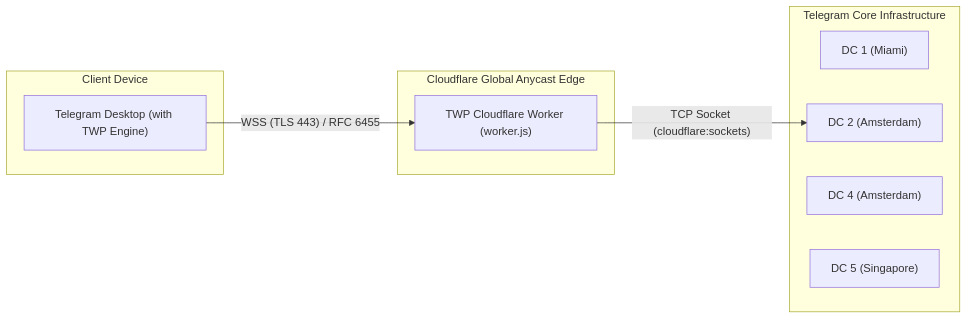
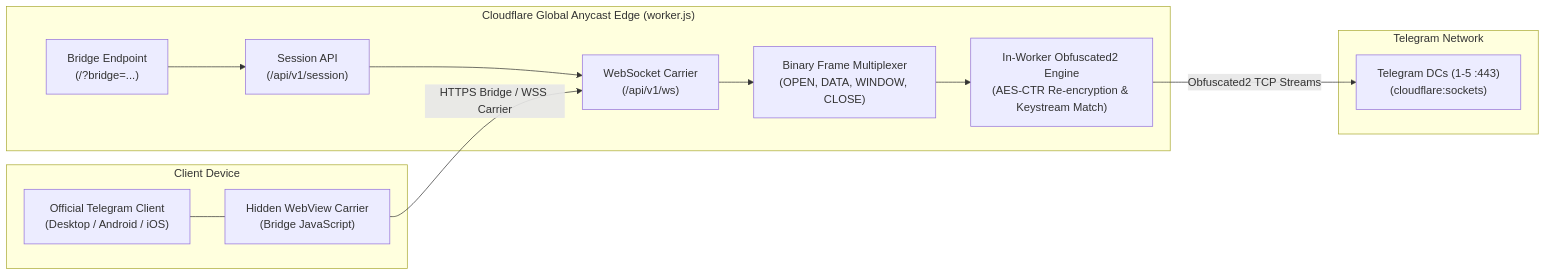
One commit to Qorvhex/TWP changed the diagram in docs/ARCHITECTURE.md. Above: the diagram before and after it, drawn with Mermaid. The commit also changed other lines of this file and 10 other files, not shown here.

````diff
--- a/docs/ARCHITECTURE.md
+++ b/docs/ARCHITECTURE.md
@@ -9,20 +9,28 @@
 ```mermaid
 graph LR
     subgraph Client ["Client Device"]
-        TDesktop["Telegram Desktop (with TWP Engine)"]
+        TG["Official Telegram Client\n(Desktop / Android / iOS)"]
+        WV["Hidden WebView Carrier\n(Bridge JavaScript)"]
+        TG --- WV
     end
 
-    subgraph Edge ["Cloudflare Global Anycast Edge"]
-        Worker["TWP Cloudflare Worker (worker.js)"]
+    subgraph Edge ["Cloudflare Global Anycast Edge (worker.js)"]
+        Bridge["Bridge Endpoint\n(/?bridge=...)"]
+        Session["Session API\n(/api/v1/session)"]
+        Carrier["WebSocket Carrier\n(/api/v1/ws)"]
+        Multiplexer["Binary Frame Multiplexer\n(OPEN, DATA, WINDOW, CLOSE)"]
+        Engine["In-Worker Obfuscated2 Engine\n(AES-CTR Re-encryption & Keystream Match)"]
+        
+        Bridge --> Session
+        Session --> Carrier
+        Carrier --> Multiplexer
+        Multiplexer --> Engine
     end
 
-    subgraph Core ["Telegram Core Infrastructure"]
-        DC1["DC 1 (Miami)"]
-        DC2["DC 2 (Amsterdam)"]
-        DC4["DC 4 (Amsterdam)"]
-        DC5["DC 5 (Singapore)"]
+    subgraph Core ["Telegram Network"]
+        Backend["Telegram DCs (1-5 :443)\n(cloudflare:sockets)"]
     end
 
-    TDesktop -- "WSS (TLS 443) / RFC 6455" --> Worker
-    Worker -- "TCP Socket (cloudflare:sockets)" --> DC2
+    WV -- "HTTPS Bridge / WSS Carrier" --> Carrier
+    Engine -- "Obfuscated2 TCP Streams" --> Backend
 ```
````
